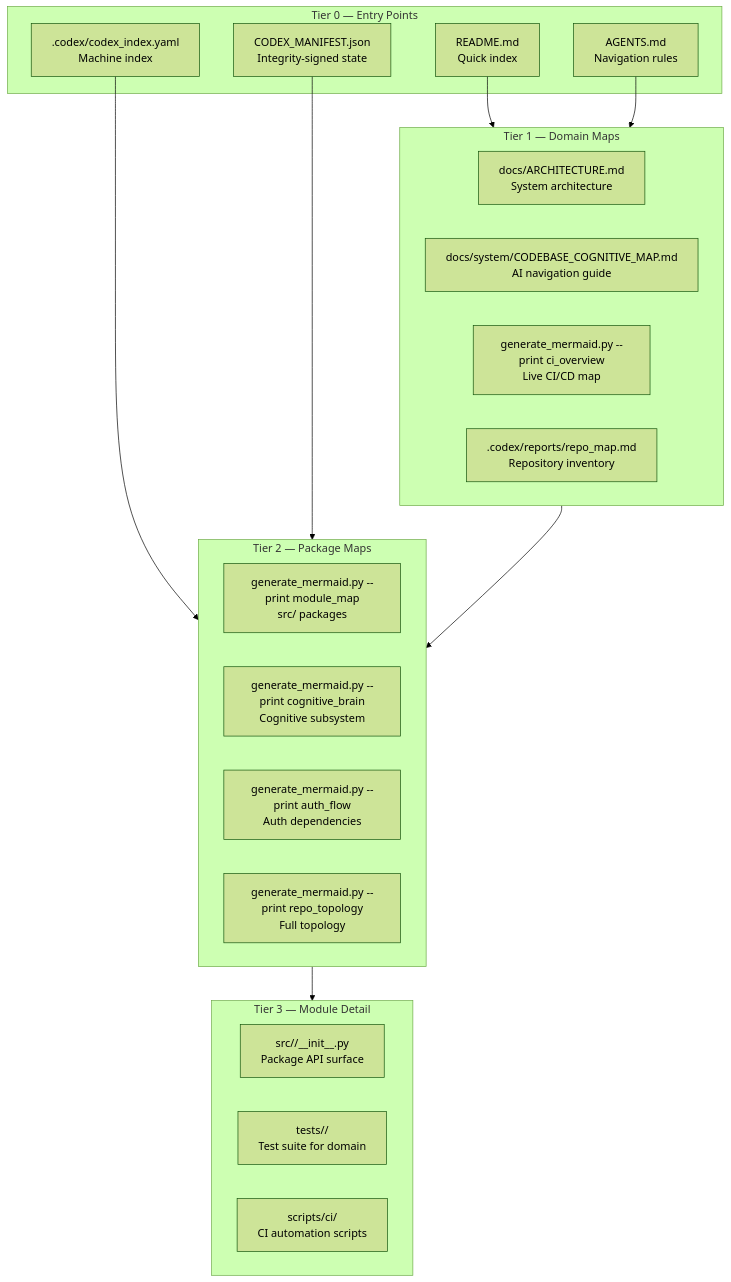
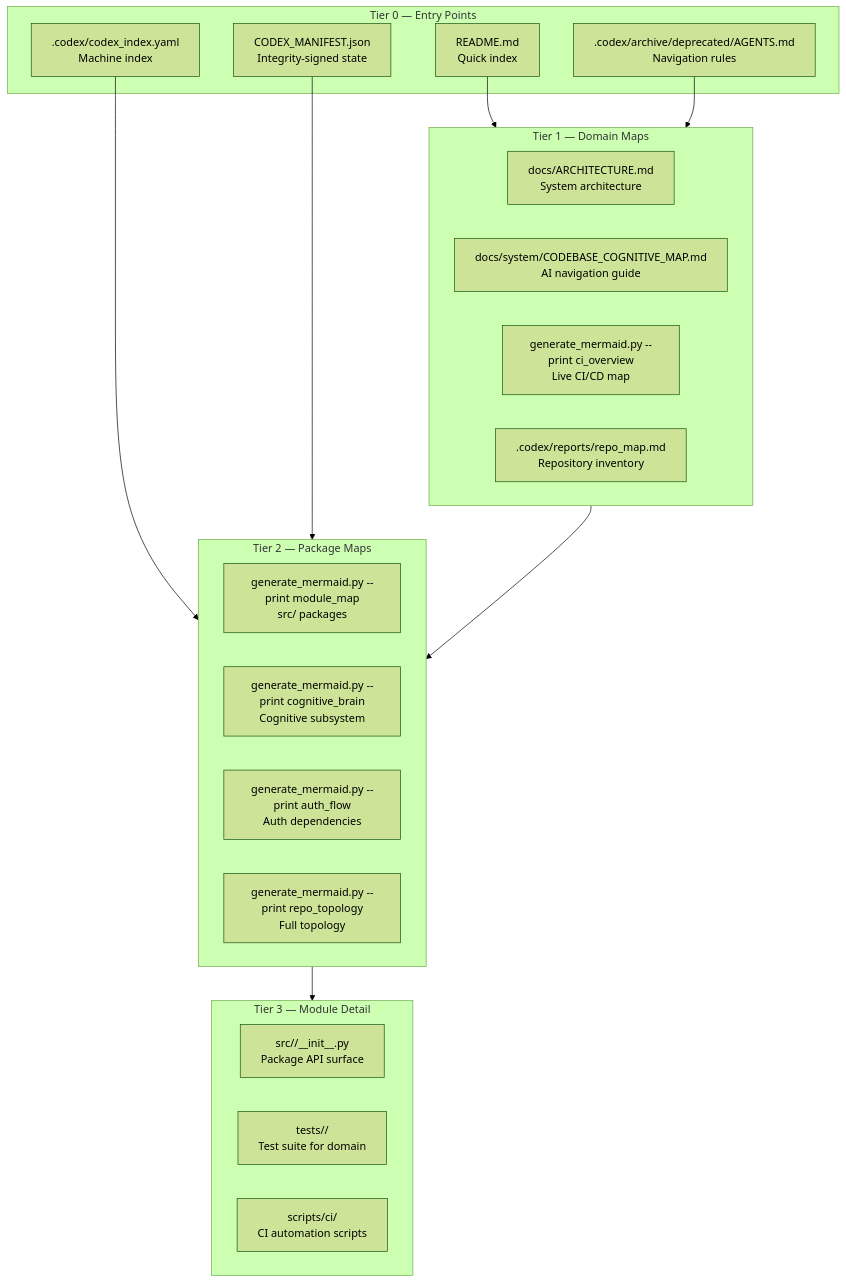
Before and after one commit to Aries-Serpent/_codex_: the first of 5 diagrams in .codex/AGENT_NAVIGATION.md, drawn with Mermaid (forest theme). The commit also changed other lines of this file and 1343 other files, not shown here.

````diff
--- a/.codex/AGENT_NAVIGATION.md
+++ b/.codex/AGENT_NAVIGATION.md
@@ -30,38 +30,38 @@
 ```mermaid
 flowchart TD
   %% 4-tier agent navigation contract — generated from filesystem
 
   subgraph T0[Tier 0 — Entry Points]
     README["README.md<br/>Quick index"]
-    AGENTS["AGENTS.md<br/>Navigation rules"]
+    AGENTS[".codex/archive/deprecated/AGENTS.md<br/>Navigation rules"]
     INDEX[".codex/codex_index.yaml<br/>Machine index"]
     MANIFEST["CODEX_MANIFEST.json<br/>Integrity-signed state"]
   end
 
   subgraph T1[Tier 1 — Domain Maps]
     ARCH["docs/ARCHITECTURE.md<br/>System architecture"]
     COGMAP["docs/system/CODEBASE_COGNITIVE_MAP.md<br/>AI navigation guide"]
     CIMAP["generate_mermaid.py --print ci_overview<br/>Live CI/CD map"]
     REPOMAP[".codex/reports/repo_map.md<br/>Repository inventory"]
   end
 
   subgraph T2[Tier 2 — Package Maps]
     MODMAP["generate_mermaid.py --print module_map<br/>src/ packages"]
     COGBRAIN["generate_mermaid.py --print cognitive_brain<br/>Cognitive subsystem"]
     AUTHMAP["generate_mermaid.py --print auth_flow<br/>Auth dependencies"]
     TOPO["generate_mermaid.py --print repo_topology<br/>Full topology"]
   end
 
   subgraph T3[Tier 3 — Module Detail]
     PKGPY["src/<pkg>/__init__.py<br/>Package API surface"]
     TESTDIR["tests/<domain>/<br/>Test suite for domain"]
     SCRIPT["scripts/ci/<br/>CI automation scripts"]
   end
 
   README --> T1
   AGENTS --> T1
   INDEX --> T2
   MANIFEST --> T2
   T1 --> T2
   T2 --> T3
 ```
````
